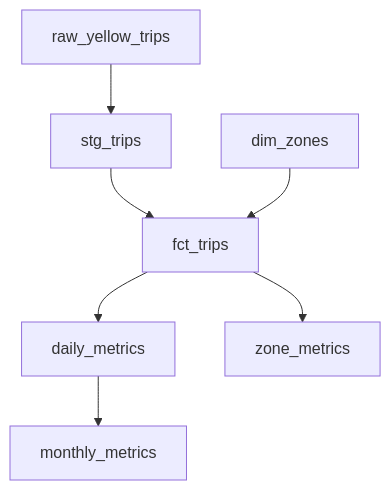
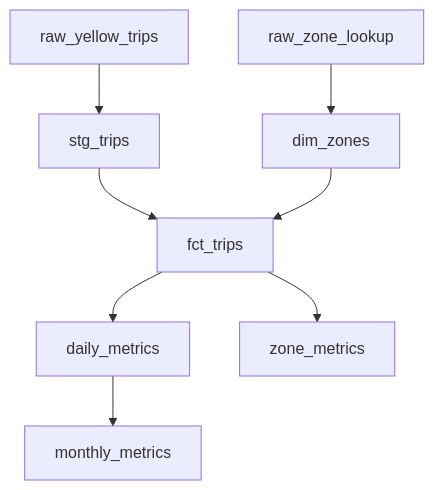
The diagram in README.md (AlexisNvn/duckdb-dbt-sqlmesh-lab), drawn with Mermaid before and after one commit. The commit also changed other lines of this file and 22 other files, not shown here.

````diff
--- a/README.md
+++ b/README.md
@@ -21,9 +61,10 @@
 ```mermaid
 flowchart TD
     raw_yellow_trips --> stg_trips
+    raw_zone_lookup --> dim_zones
     stg_trips --> fct_trips
     dim_zones --> fct_trips
     fct_trips --> daily_metrics
     fct_trips --> zone_metrics
     daily_metrics --> monthly_metrics
 ```
````
